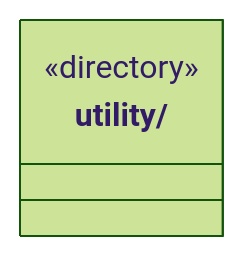
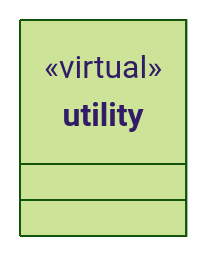
Before and after one commit to nan023062/cbim: the diagram in src/view/foundations/ARCHITECTURE.md, drawn with Mermaid (forest theme). The commit also changed other lines of this file and 158 other files, not shown here.

Commit message:
docs: model architecture through nested virtual encapsulations

````diff
--- a/src/view/foundations/ARCHITECTURE.md
+++ b/src/view/foundations/ARCHITECTURE.md
@@ -43,6 +19,7 @@
 ```mermaid
 classDiagram
-class N_src_view_foundations_utility["utility/"] {
-  <<directory>>
+class N_2b09bf15de1f["utility"] {
+  <<virtual>>
 }
+click N_2b09bf15de1f href "utility/ARCHITECTURE.md"
 ```
````
